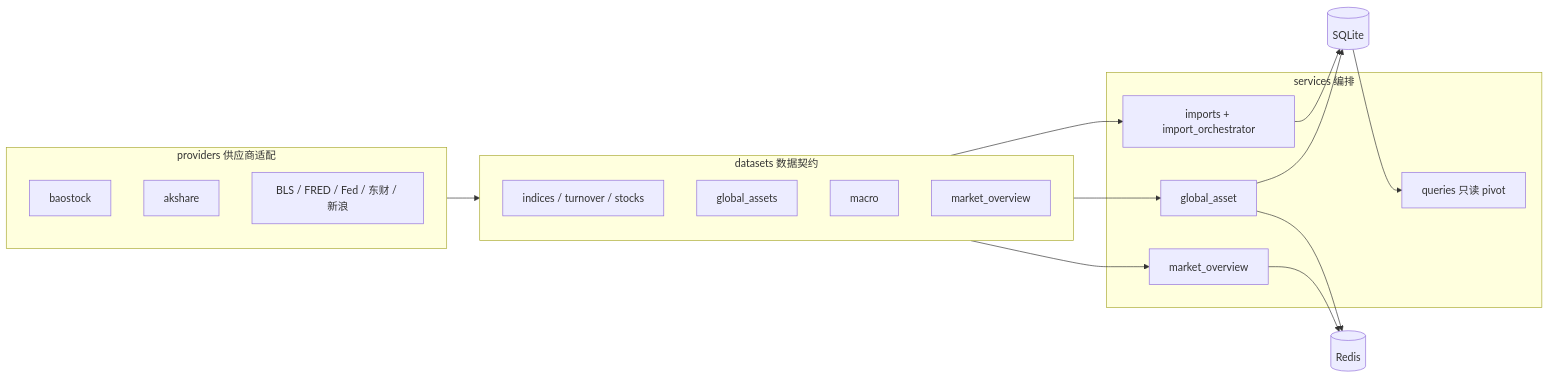
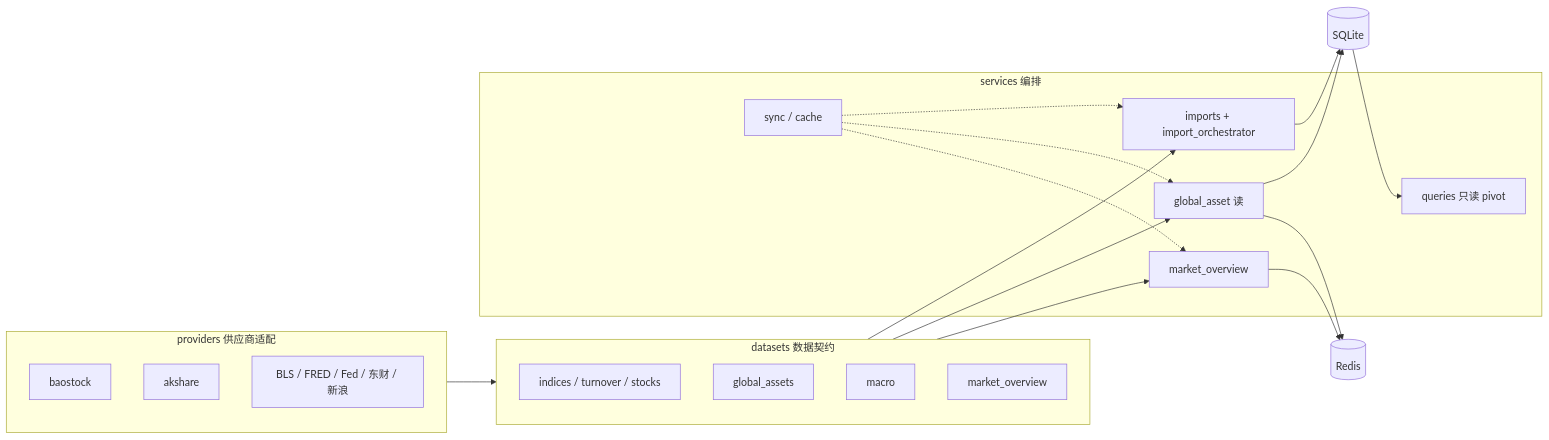
One commit to gunerguner/Astock changed the first of 9 diagrams in .agents/skills/astock/references/external-data.md. Above: the diagram before and after it, drawn with Mermaid. The commit also changed other lines of this file and 34 other files, not shown here.

````diff
--- a/.agents/skills/astock/references/external-data.md
+++ b/.agents/skills/astock/references/external-data.md
@@ -51,29 +51,33 @@
 ```mermaid
 flowchart LR
   subgraph providers [providers 供应商适配]
     bao[baostock]
     ak[akshare]
     http[BLS / FRED / Fed / 东财 / 新浪]
   end
   subgraph datasets [datasets 数据契约]
     idx[indices / turnover / stocks]
     ga[global_assets]
     macro[macro]
     mo[market_overview]
   end
   subgraph services [services 编排]
     imp[imports + import_orchestrator]
     qry[queries 只读 pivot]
-    gas[global_asset]
+    gas[global_asset 读]
     mos[market_overview]
+    sync[sync / cache]
   end
   providers --> datasets
   datasets --> imp
   datasets --> gas
   datasets --> mos
   imp --> SQLite[(SQLite)]
   SQLite --> qry
   gas --> SQLite
   gas --> Redis[(Redis)]
   mos --> Redis
+  sync -.-> imp
+  sync -.-> gas
+  sync -.-> mos
 ```
````
